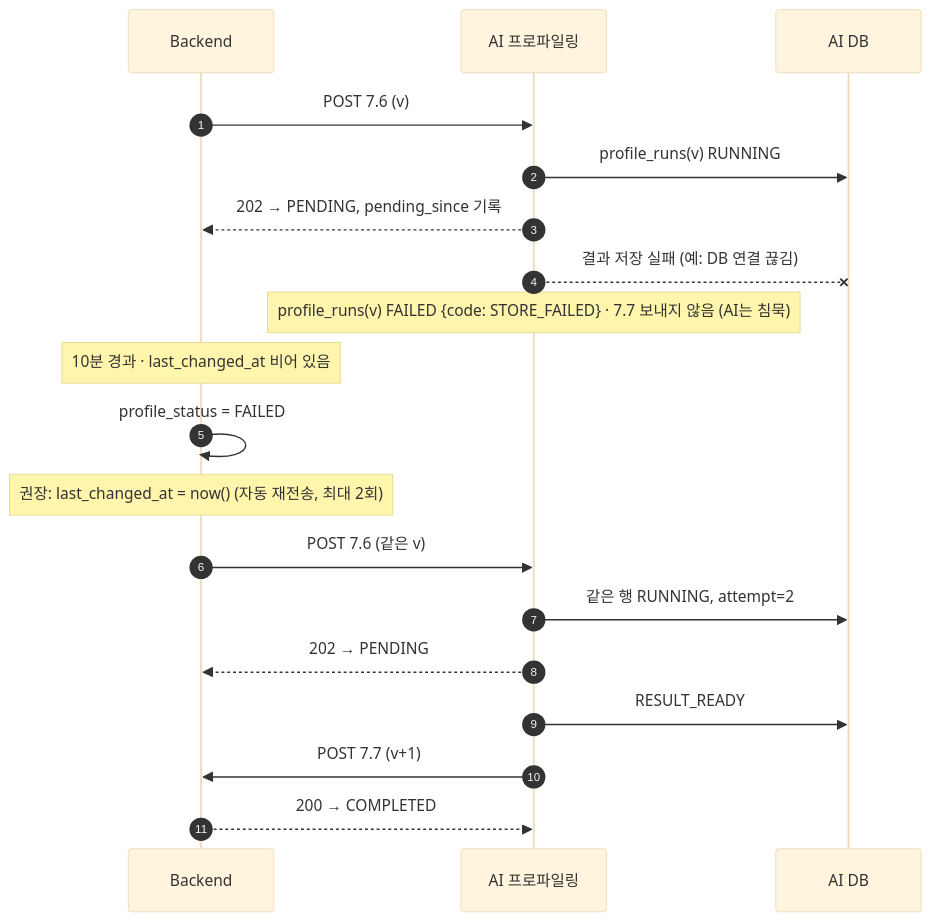
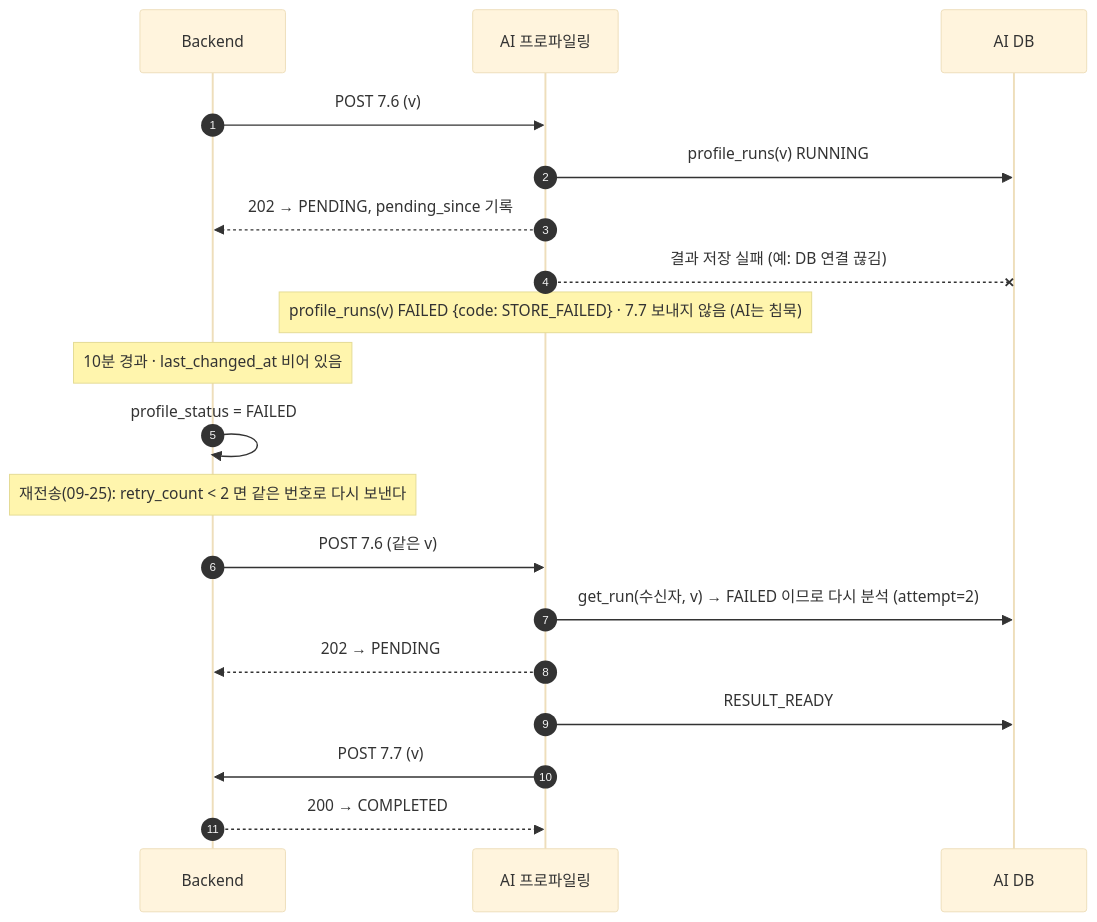
The fourth of 6 diagrams in profiling/docs/BE_연동_필드표_v1.md (100-hours-a-week/KTB4-12th-AI), drawn with Mermaid (base theme) before and after one commit. The commit also changed 1 other file, not shown here.

Commit message:
fix(docs): 앞 커밋의 치환이 04번 그림까지 바꾼 것 되돌림
"POST 7.7 (v) → (v+1)" 치환이 §4.2(503 재시도, 새 번호)뿐 아니라
§4.4(침묵 실패 뒤 재전송, 같은 번호)에도 걸려 그림의 뜻이 뒤집혔다.
04는 같은 번호로 재전송하는 그림이므로 7.7 도 같은 v 여야 한다.

되돌리면서 04 의 낡은 문구도 09-25 규칙으로 맞췄다.
  "권장: last_changed_at = now() (자동 재전송, 최대 2회)"
    → "재전송(09-25): retry_count < 2 면 같은 번호로 다시 보낸다"
  "같은 행 RUNNING, attempt=2"
    → "get_run(수신자, v) → FAILED 이므로 다시 분석 (attempt=2)"  (중복 판정 반영)

이제 v+1 은 §4.2 그림 두 줄에만 있다.

````diff
--- a/profiling/docs/BE_연동_필드표_v1.md
+++ b/profiling/docs/BE_연동_필드표_v1.md
@@ -368,21 +368,21 @@
 ```mermaid
 sequenceDiagram
   autonumber
   participant BE as Backend
   participant AI as AI 프로파일링
   participant DB as AI DB
   BE->>AI: POST 7.6 (v)
   AI->>DB: profile_runs(v) RUNNING
   AI-->>BE: 202 → PENDING, pending_since 기록
   AI--xDB: 결과 저장 실패 (예: DB 연결 끊김)
   Note over AI: profile_runs(v) FAILED {code: STORE_FAILED} · 7.7 보내지 않음 (AI는 침묵)
   Note over BE: 10분 경과 · last_changed_at 비어 있음
   BE->>BE: profile_status = FAILED
-  Note over BE: 권장: last_changed_at = now() (자동 재전송, 최대 2회)
+  Note over BE: 재전송(09-25): retry_count < 2 면 같은 번호로 다시 보낸다
   BE->>AI: POST 7.6 (같은 v)
-  AI->>DB: 같은 행 RUNNING, attempt=2
+  AI->>DB: get_run(수신자, v) → FAILED 이므로 다시 분석 (attempt=2)
   AI-->>BE: 202 → PENDING
   AI->>DB: RESULT_READY
-  AI->>BE: POST 7.7 (v+1)
+  AI->>BE: POST 7.7 (v)
   BE-->>AI: 200 → COMPLETED
 ```
````
